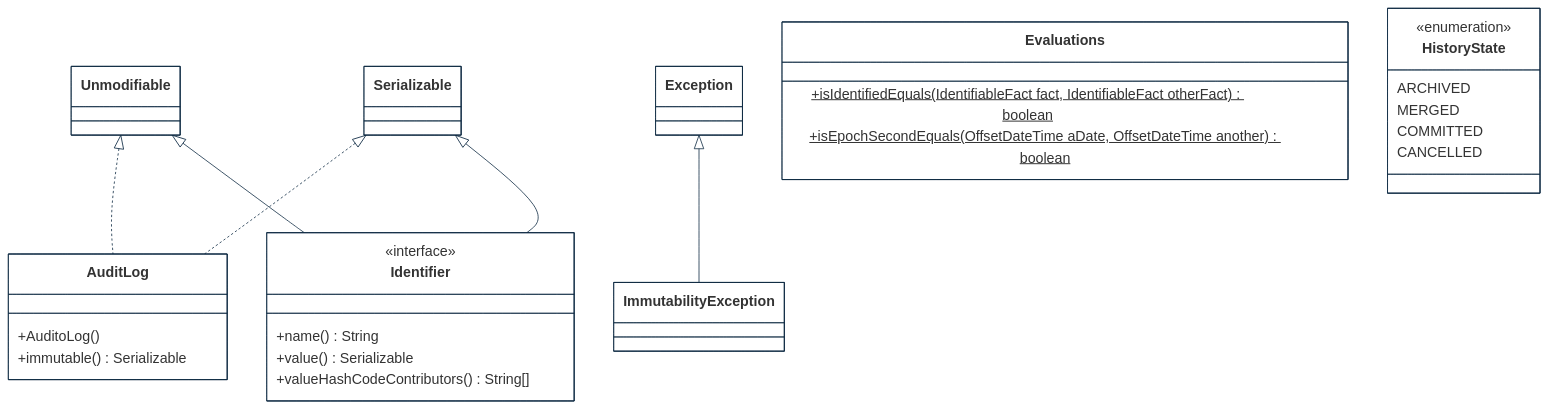
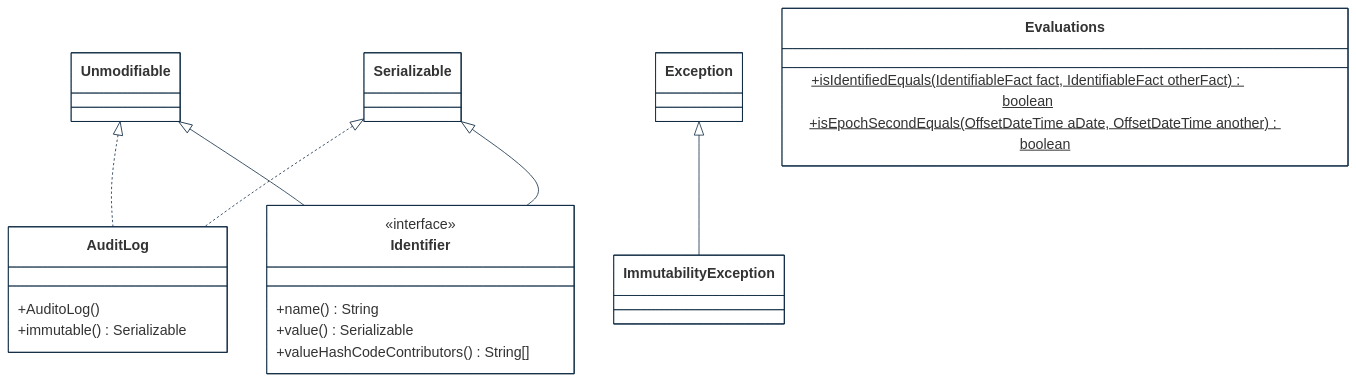
The second of 7 diagrams in implementations-line/framework/immutable/designview-packages.md (cybnity/foundation), drawn with Mermaid before and after one commit. The commit also changed other lines of this file, not shown here.

````diff
--- a/implementations-line/framework/immutable/designview-packages.md
+++ b/implementations-line/framework/immutable/designview-packages.md
@@ -146,46 +173,39 @@
 ```mermaid
 %%{
   init: {
     'theme': 'base',
     'themeVariables': {
         'background': '#ffffff',
         'fontFamily': 'arial',
         'fontSize': '18px',
         'primaryColor': '#fff',
         'primaryBorderColor': '#0e2a43',
         'secondaryBorderColor': '#0e2a43',
         'tertiaryBorderColor': '#0e2a43',
         'edgeLabelBackground':'#0e2a43',
         'lineColor': '#0e2a43',
         'tertiaryColor': '#fff'
     }
   }
 }%%
 classDiagram
     Unmodifiable <|.. AuditLog
     Serializable <|.. AuditLog
     Unmodifiable <|-- Identifier
     Serializable <|-- Identifier
     Exception <|-- ImmutabilityException
     class Identifier {
         <<interface>>
         +name() String
         +value() Serializable
         +valueHashCodeContributors() String[]
     }
     class AuditLog {
         +AuditoLog()
         +immutable() Serializable
     }
     class Evaluations {
         +isIdentifiedEquals(IdentifiableFact fact, IdentifiableFact otherFact)$ boolean
         +isEpochSecondEquals(OffsetDateTime aDate, OffsetDateTime another)$ boolean
     }
-    class HistoryState {
-        <<enumeration>>
-        ARCHIVED
-        MERGED
-        COMMITTED
-        CANCELLED
-    }
 ```
````
